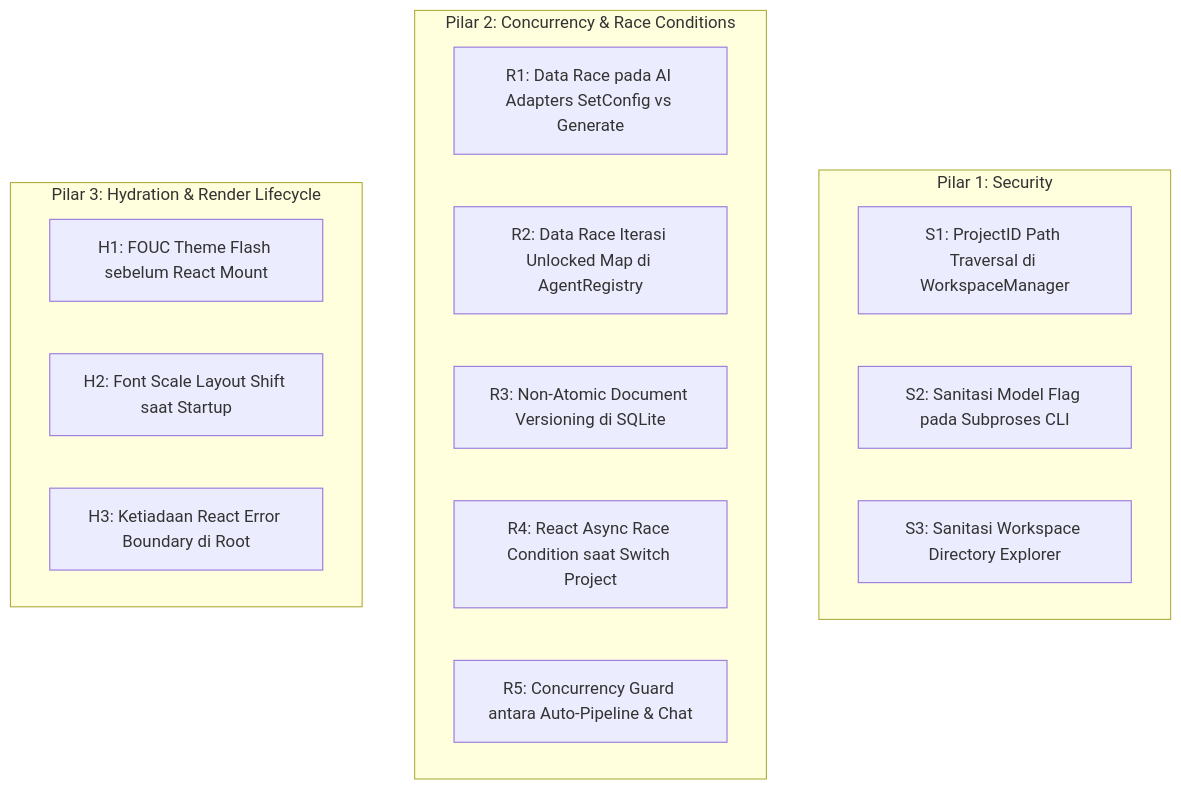
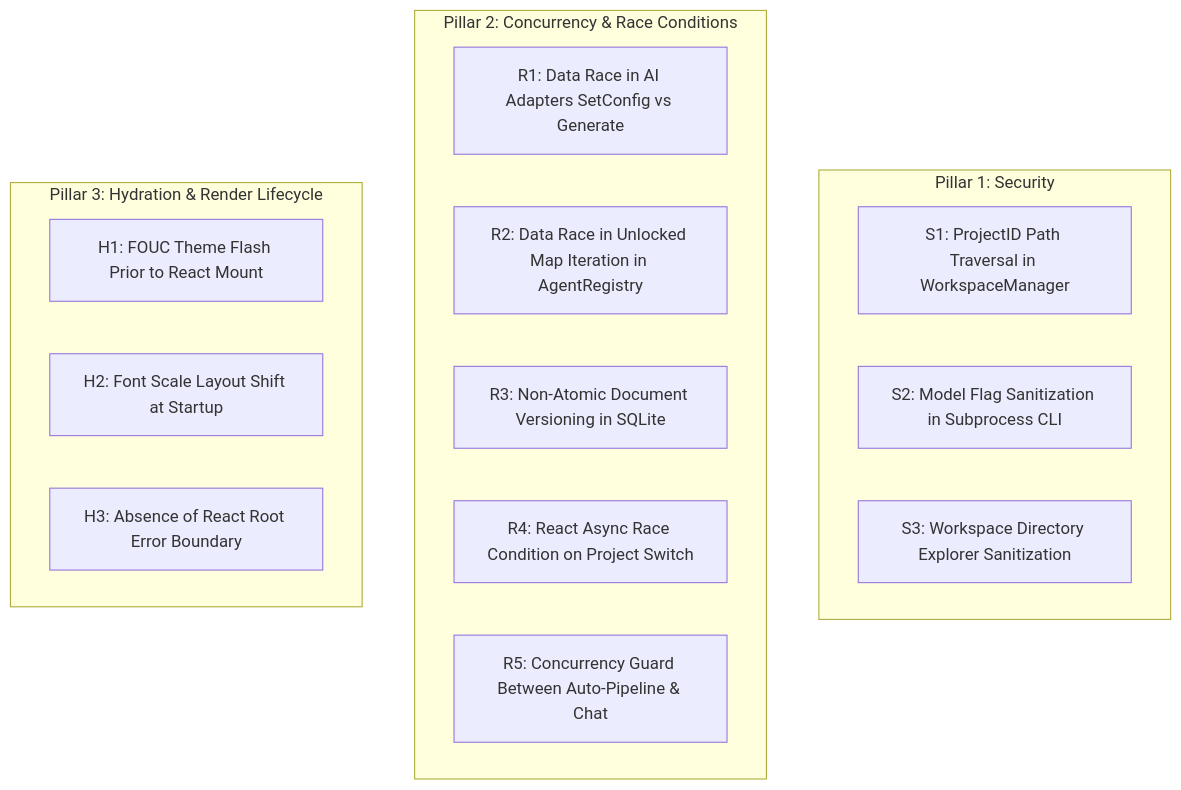
One commit to luftinur/Specra changed the diagram in docs/artifacts/plan_comprehensive_security_race_and_hydration_audit.md. Above: the diagram before and after it, drawn with Mermaid. The commit also changed other lines of this file and 37 other files, not shown here.

````diff
--- a/docs/artifacts/plan_comprehensive_security_race_and_hydration_audit.md
+++ b/docs/artifacts/plan_comprehensive_security_race_and_hydration_audit.md
@@ -17,22 +17,22 @@
 ```mermaid
 flowchart TD
-    subgraph S [Pilar 1: Security]
-        S1[S1: ProjectID Path Traversal di WorkspaceManager]
-        S2[S2: Sanitasi Model Flag pada Subproses CLI]
-        S3[S3: Sanitasi Workspace Directory Explorer]
+    subgraph S [Pillar 1: Security]
+        S1[S1: ProjectID Path Traversal in WorkspaceManager]
+        S2[S2: Model Flag Sanitization in Subprocess CLI]
+        S3[S3: Workspace Directory Explorer Sanitization]
     end
 
-    subgraph R [Pilar 2: Concurrency & Race Conditions]
-        R1[R1: Data Race pada AI Adapters SetConfig vs Generate]
-        R2[R2: Data Race Iterasi Unlocked Map di AgentRegistry]
-        R3[R3: Non-Atomic Document Versioning di SQLite]
-        R4[R4: React Async Race Condition saat Switch Project]
-        R5[R5: Concurrency Guard antara Auto-Pipeline & Chat]
+    subgraph R [Pillar 2: Concurrency & Race Conditions]
+        R1[R1: Data Race in AI Adapters SetConfig vs Generate]
+        R2[R2: Data Race in Unlocked Map Iteration in AgentRegistry]
+        R3[R3: Non-Atomic Document Versioning in SQLite]
+        R4[R4: React Async Race Condition on Project Switch]
+        R5[R5: Concurrency Guard Between Auto-Pipeline & Chat]
     end
 
-    subgraph H [Pilar 3: Hydration & Render Lifecycle]
-        H1[H1: FOUC Theme Flash sebelum React Mount]
-        H2[H2: Font Scale Layout Shift saat Startup]
-        H3[H3: Ketiadaan React Error Boundary di Root]
+    subgraph H [Pillar 3: Hydration & Render Lifecycle]
+        H1[H1: FOUC Theme Flash Prior to React Mount]
+        H2[H2: Font Scale Layout Shift at Startup]
+        H3[H3: Absence of React Root Error Boundary]
     end
 ```
````
